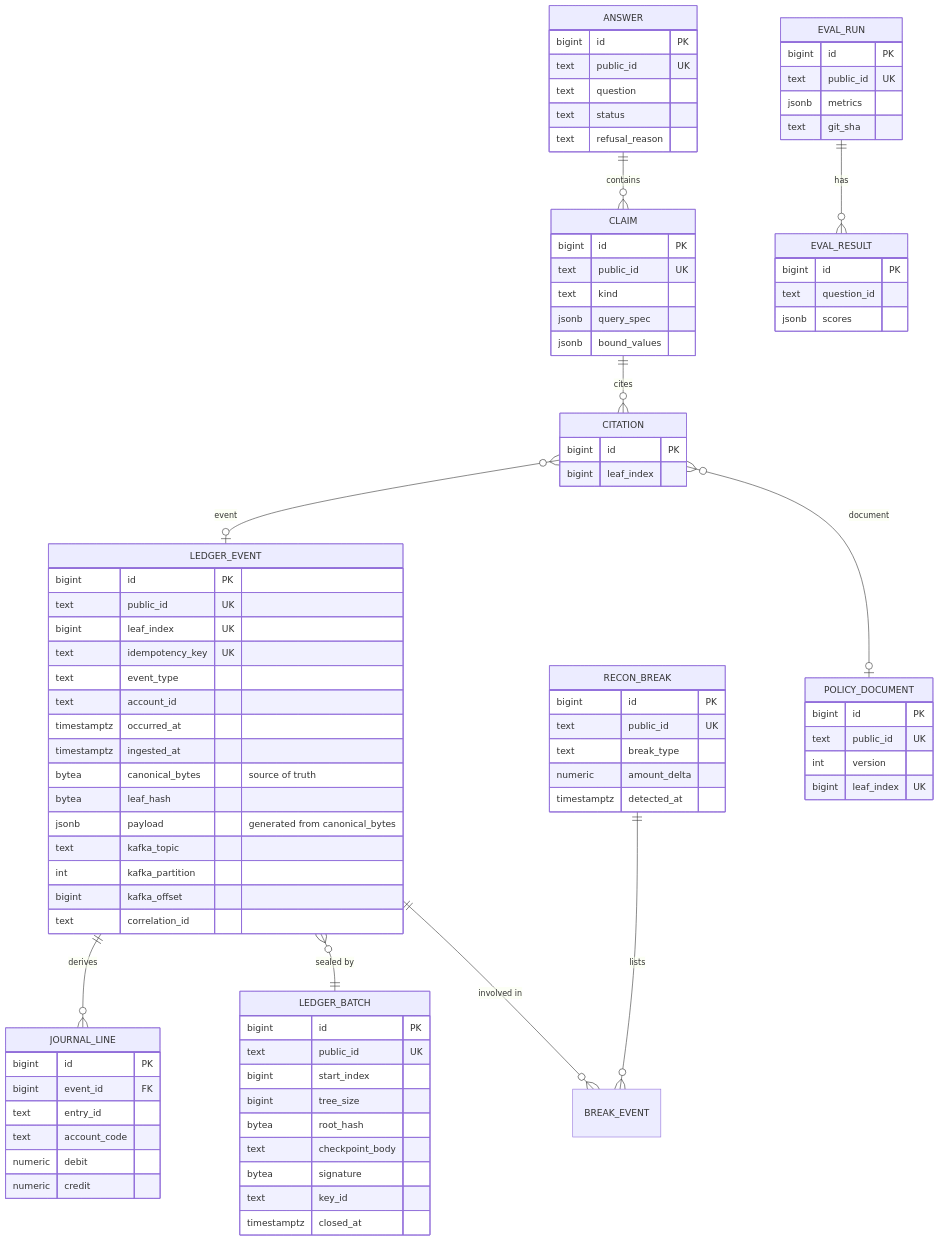
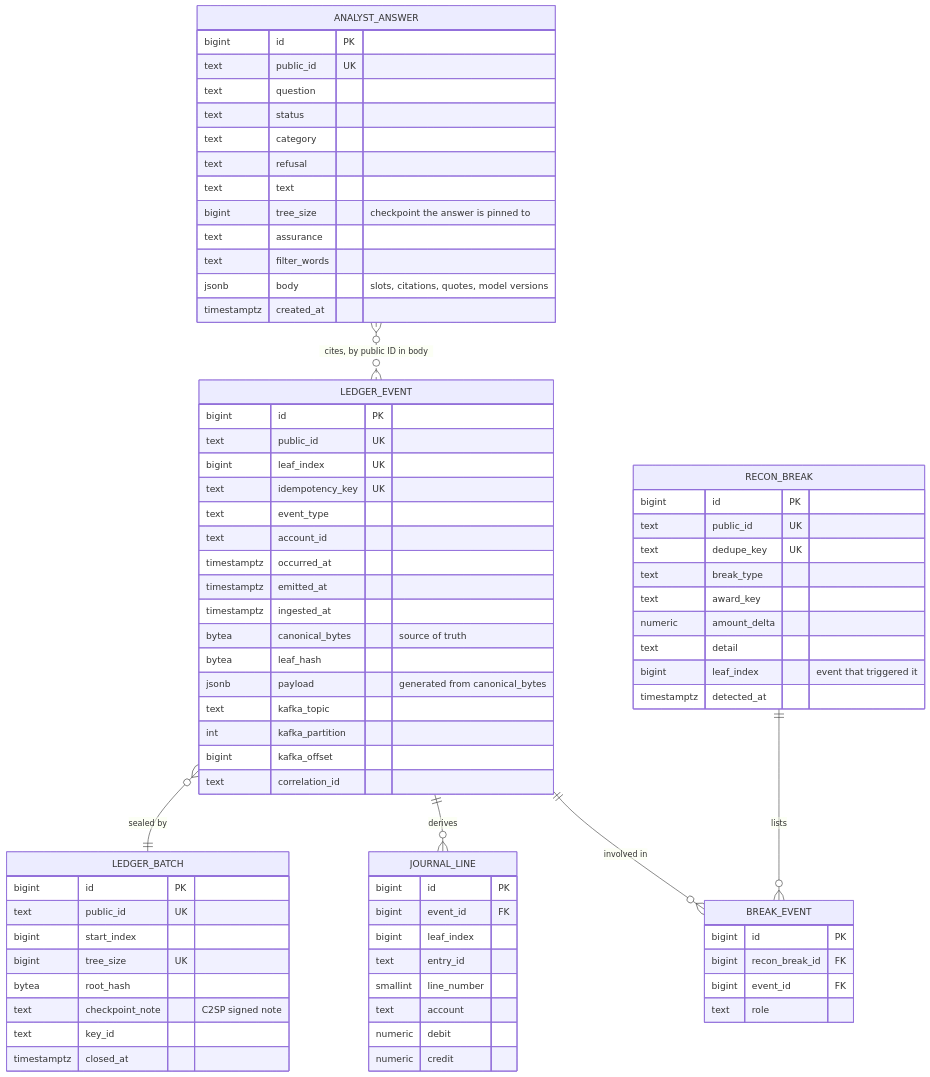
The diagram in docs/backend-design.md (raunak-choudhary/tallyproof), drawn with Mermaid before and after one commit. The commit also changed other lines of this file, not shown here.

Commit message:
docs(backend-design): draw the tables as they are
The database diagram still showed evaluation-run, claim, citation, and
policy-document tables that a logged decision replaced, and several
columns had drifted: batches store one signed note, journal lines carry
their leaf and line number, breaks carry a dedupe key and the award. The
diagram is now drawn from the models, including the append-only answer
table, and the planned policy-document and evaluation endpoints are gone:
a policy section is an event, and evaluation results are static reports.

Refs #100

````diff
--- a/docs/backend-design.md
+++ b/docs/backend-design.md
@@ -164,14 +164,10 @@
 ```mermaid
 erDiagram
+  LEDGER_EVENT }o--|| LEDGER_BATCH : "sealed by"
   LEDGER_EVENT ||--o{ JOURNAL_LINE : "derives"
-  LEDGER_EVENT }o--|| LEDGER_BATCH : "sealed by"
   RECON_BREAK ||--o{ BREAK_EVENT : "lists"
   LEDGER_EVENT ||--o{ BREAK_EVENT : "involved in"
-  ANSWER ||--o{ CLAIM : "contains"
-  CLAIM ||--o{ CITATION : "cites"
-  CITATION }o--o| LEDGER_EVENT : "event"
-  CITATION }o--o| POLICY_DOCUMENT : "document"
-  EVAL_RUN ||--o{ EVAL_RESULT : "has"
+  ANALYST_ANSWER }o..o{ LEDGER_EVENT : "cites, by public ID in body"
   LEDGER_EVENT {
     bigint id PK
     text public_id UK
@@ -180,6 +176,7 @@
     text event_type
     text account_id
     timestamptz occurred_at
+    timestamptz emitted_at
     timestamptz ingested_at
     bytea canonical_bytes "source of truth"
     bytea leaf_hash
@@ -193,61 +190,51 @@
     bigint id PK
     text public_id UK
     bigint start_index
-    bigint tree_size
+    bigint tree_size UK
     bytea root_hash
-    text checkpoint_body
-    bytea signature
+    text checkpoint_note "C2SP signed note"
     text key_id
     timestamptz closed_at
   }
   JOURNAL_LINE {
     bigint id PK
     bigint event_id FK
+    bigint leaf_index
     text entry_id
-    text account_code
+    smallint line_number
+    text account
     numeric debit
     numeric credit
   }
   RECON_BREAK {
     bigint id PK
     text public_id UK
+    text dedupe_key UK
     text break_type
+    text award_key
     numeric amount_delta
+    text detail
+    bigint leaf_index "event that triggered it"
     timestamptz detected_at
   }
-  POLICY_DOCUMENT {
+  BREAK_EVENT {
     bigint id PK
-    text public_id UK
-    int version
-    bigint leaf_index UK
+    bigint recon_break_id FK
+    bigint event_id FK
+    text role
   }
-  ANSWER {
+  ANALYST_ANSWER {
     bigint id PK
     text public_id UK
     text question
     text status
-    text refusal_reason
-  }
-  CLAIM {
-    bigint id PK
-    text public_id UK
-    text kind
-    jsonb query_spec
-    jsonb bound_values
-  }
-  CITATION {
-    bigint id PK
-    bigint leaf_index
-  }
-  EVAL_RUN {
-    bigint id PK
-    text public_id UK
-    jsonb metrics
-    text git_sha
-  }
-  EVAL_RESULT {
-    bigint id PK
-    text question_id
-    jsonb scores
+    text category
+    text refusal
+    text text
+    bigint tree_size "checkpoint the answer is pinned to"
+    text assurance
+    text filter_words
+    jsonb body "slots, citations, quotes, model versions"
+    timestamptz created_at
   }
 ```
````
